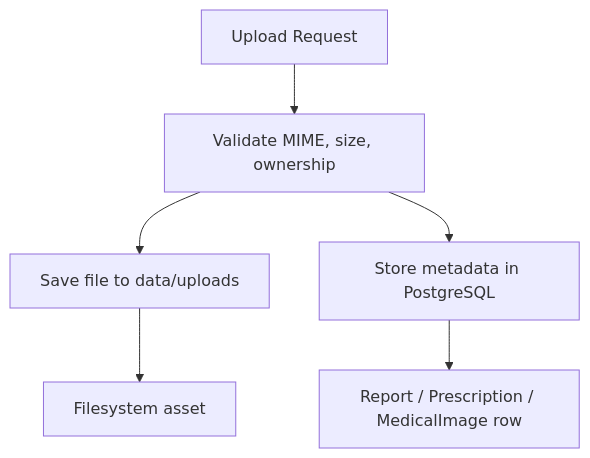
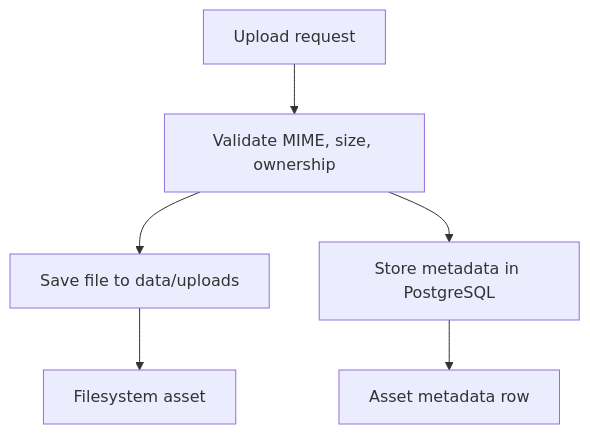
The fifth of 11 diagrams in backend/backend.md (Dipurajasaha/DocTalk), drawn with Mermaid before and after one commit. The commit also changed other lines of this file and 11 other files, not shown here.

````diff
--- a/backend/backend.md
+++ b/backend/backend.md
@@ -710,8 +286,8 @@
 ```mermaid
 flowchart TD
-    U[Upload Request] --> V[Validate MIME, size, ownership]
-    V --> W[Save file to data/uploads]
-    V --> X[Store metadata in PostgreSQL]
-    W --> Y[Filesystem asset]
-    X --> Z[Report / Prescription / MedicalImage row]
+    Upload["Upload request"] --> Validate["Validate MIME, size, ownership"]
+    Validate --> Save["Save file to data/uploads"]
+    Validate --> Meta["Store metadata in PostgreSQL"]
+    Save --> File["Filesystem asset"]
+    Meta --> DB["Asset metadata row"]
 ```
````
